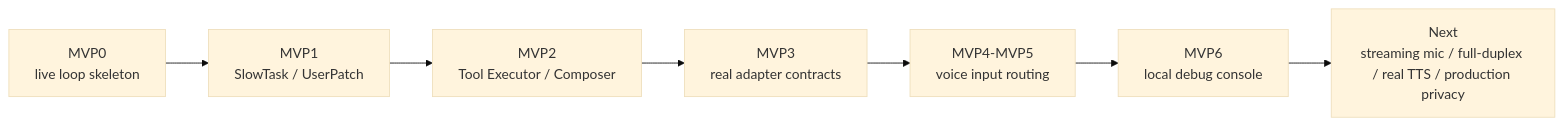
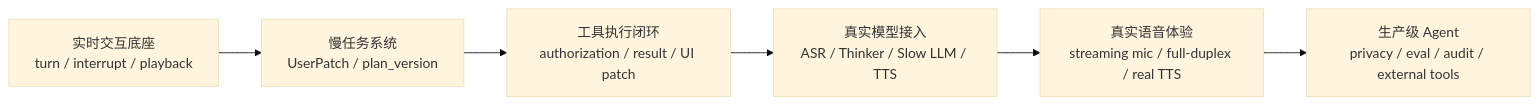
The third of 3 diagrams in docs/presentation.md (Skyfacon/voice-agent), drawn with Mermaid (base theme) before and after one commit. The commit also changed other lines of this file, not shown here.

````diff
--- a/docs/presentation.md
+++ b/docs/presentation.md
@@ -199,12 +188,11 @@
 ```mermaid
 flowchart LR
-    M0["MVP0<br/>live loop skeleton"]
-    M1["MVP1<br/>SlowTask / UserPatch"]
-    M2["MVP2<br/>Tool Executor / Composer"]
-    M3["MVP3<br/>real adapter contracts"]
-    M4["MVP4-MVP5<br/>voice input routing"]
-    M6["MVP6<br/>local debug console"]
-    Future["Next<br/>streaming mic / full-duplex / real TTS / production privacy"]
+    P1["实时交互底座<br/>turn / interrupt / playback"]
+    P2["慢任务系统<br/>UserPatch / plan_version"]
+    P3["工具执行闭环<br/>authorization / result / UI patch"]
+    P4["真实模型接入<br/>ASR / Thinker / Slow LLM / TTS"]
+    P5["真实语音体验<br/>streaming mic / full-duplex / real TTS"]
+    P6["生产级 Agent<br/>privacy / eval / audit / external tools"]
 
-    M0 --> M1 --> M2 --> M3 --> M4 --> M6 --> Future
+    P1 --> P2 --> P3 --> P4 --> P5 --> P6
 ```
````
